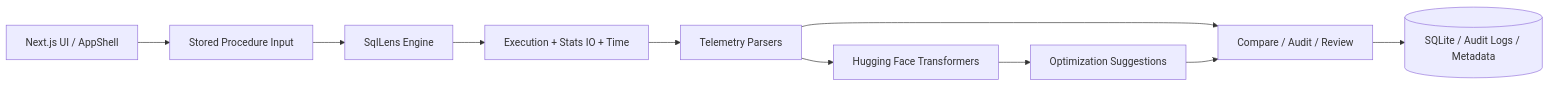
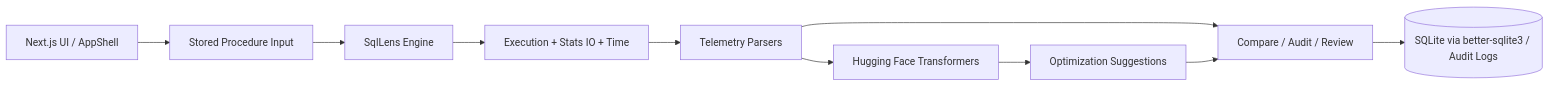
The first of 2 diagrams in README.md (kamalsoft/sqlLens), drawn with Mermaid before and after one commit. The commit also changed other lines of this file and 182 other files, not shown here.

First line of the commit message:
Add unit tests for proxy, redact, request-guard, review-prompt, review-route, review-schema, sp-executor-log, sql-scan, telemetry-parsers, validate-model, and validation

````diff
--- a/README.md
+++ b/README.md
@@ -48,22 +36,22 @@
 ```mermaid
 flowchart LR
     UI[Next.js UI / AppShell]
     SP[Stored Procedure Input]
     ENG[SqlLens Engine]
     EXEC[Execution + Stats IO + Time]
     PARSE[Telemetry Parsers]
     LLM[Hugging Face Transformers]
     OPT[Optimization Suggestions]
     COMP[Compare / Audit / Review]
-    STORE[(SQLite / Audit Logs / Metadata)]
+    STORE[(SQLite via better-sqlite3 / Audit Logs)]
 
     UI --> SP
     SP --> ENG
     ENG --> EXEC
     EXEC --> PARSE
     PARSE --> COMP
     PARSE --> LLM
     LLM --> OPT
     OPT --> COMP
     COMP --> STORE
 ```
````
